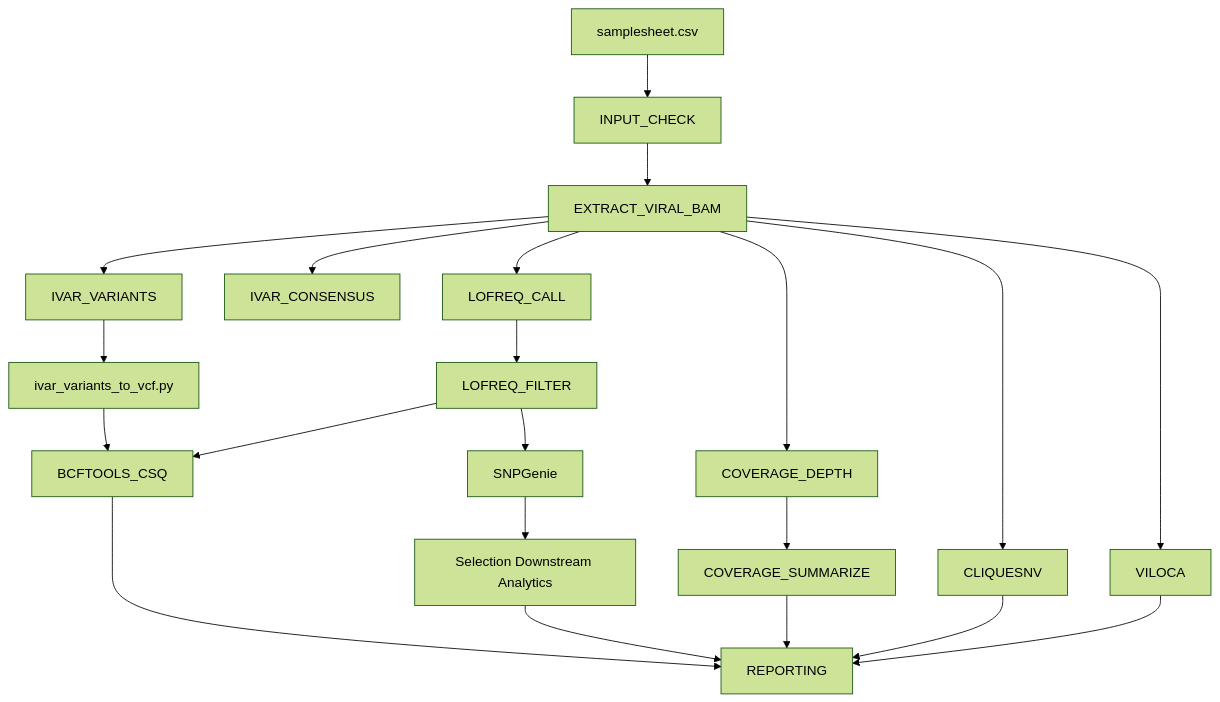
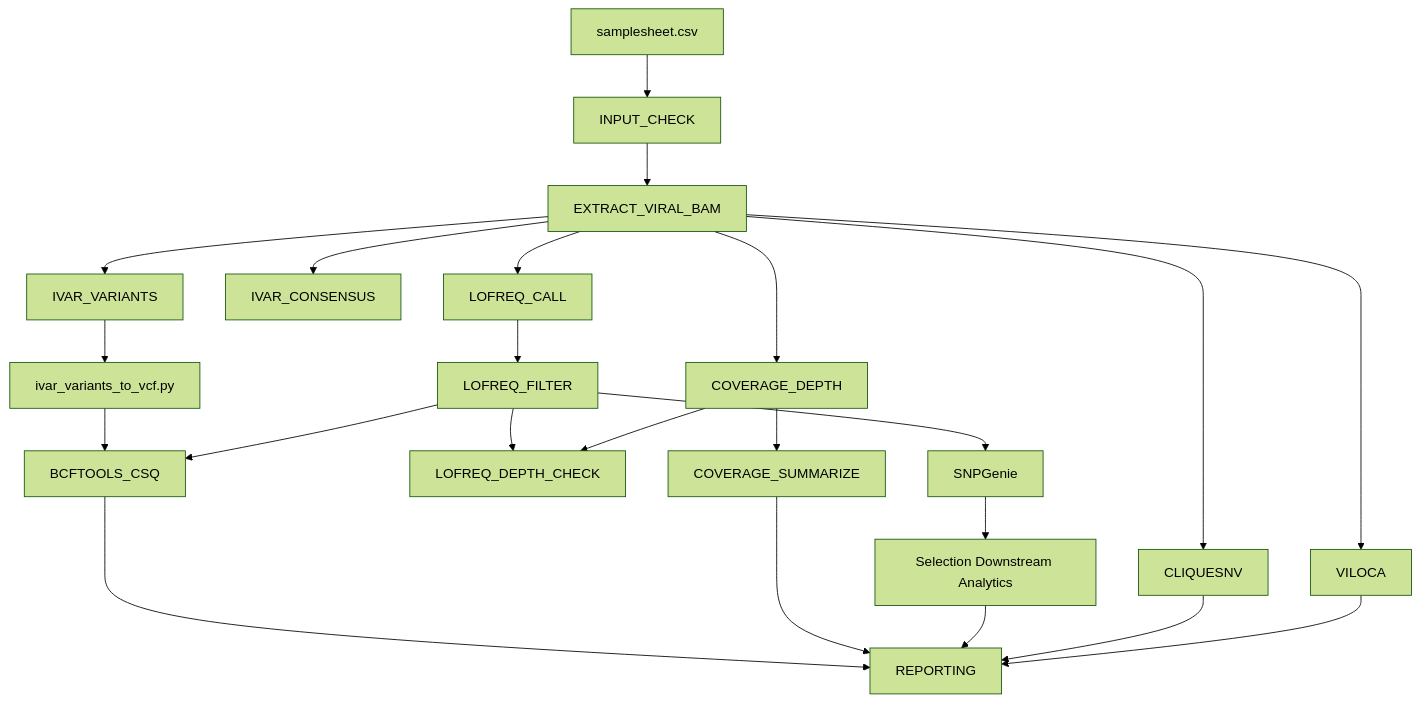
The second of 2 diagrams in README.md (aleponce4/viral-intrahost-variant-workflow), drawn with Mermaid (forest theme) before and after one commit. The commit also changed other lines of this file and 19 other files, not shown here.

First line of the commit message:
feat(lofreq): make the depth cap a parameter and flag calls made above it (#19)

````diff
--- a/README.md
+++ b/README.md
@@ -48,19 +48,21 @@
 ```mermaid
 flowchart TD
     A[samplesheet.csv] --> B[INPUT_CHECK]
     B --> C[EXTRACT_VIRAL_BAM]
     C --> D[IVAR_VARIANTS]
     C --> E[IVAR_CONSENSUS]
     C --> F[LOFREQ_CALL]
     F --> G[LOFREQ_FILTER]
     C --> H[COVERAGE_DEPTH] --> I[COVERAGE_SUMMARIZE]
+    G --> Q[LOFREQ_DEPTH_CHECK]
+    H --> Q
     
     D --> J[ivar_variants_to_vcf.py] --> K[BCFTOOLS_CSQ]
     G --> K
     
     G --> L[SNPGenie] --> M[Selection Downstream Analytics]
     C --> N[CLIQUESNV]
     C --> O[VILOCA]
     
     K & I & M & N & O --> P[REPORTING]
 ```
````
